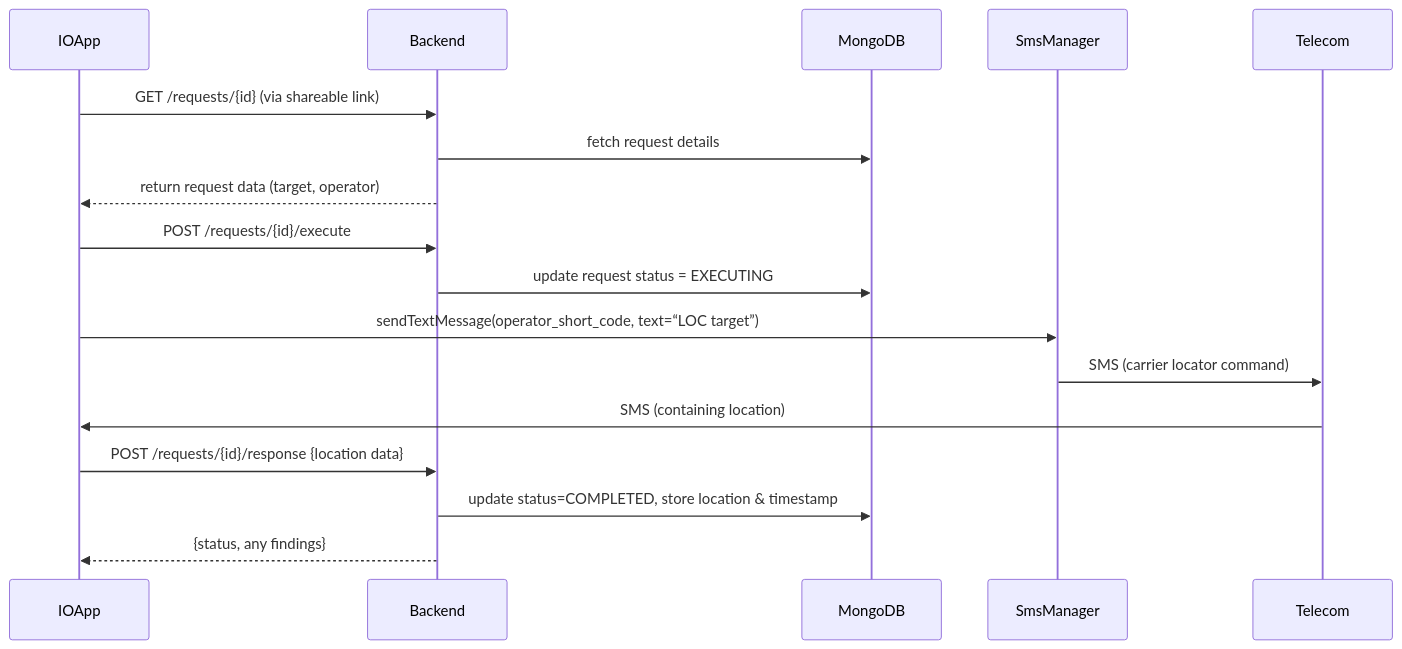
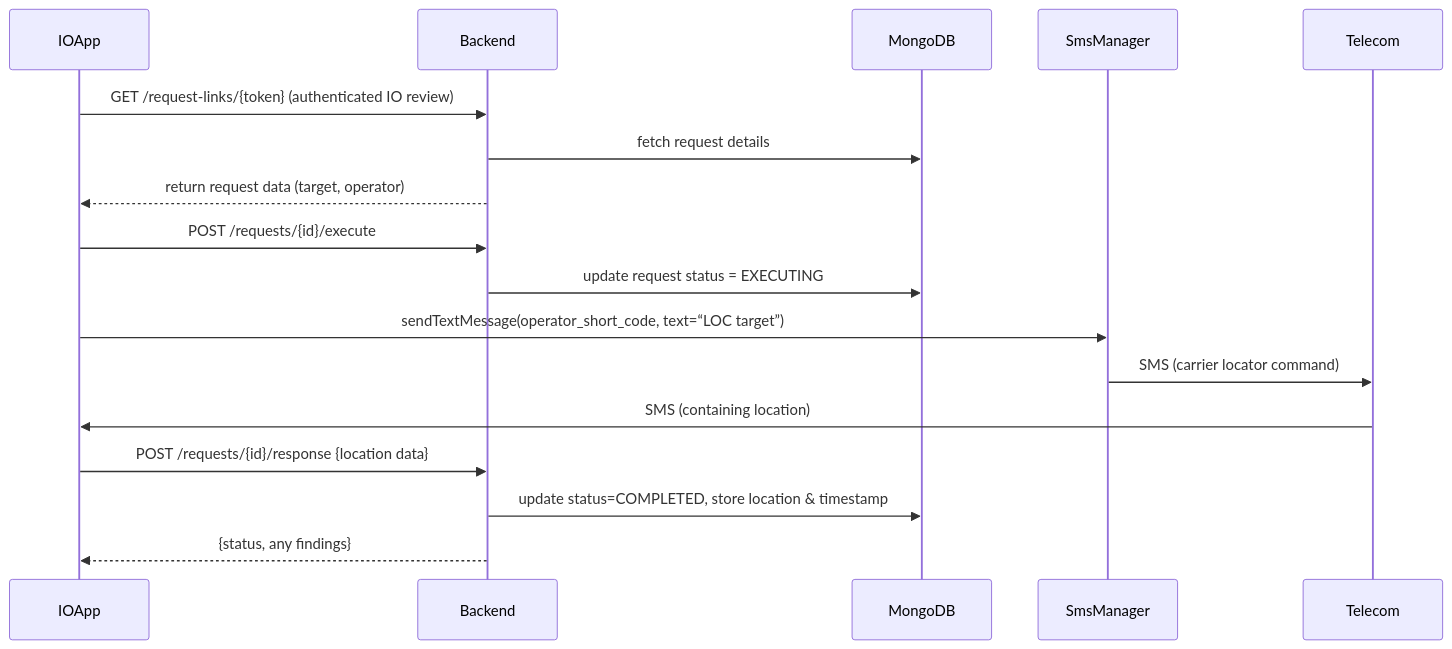
One commit to whitedevil-cybertech/Automated_SIM_Location changed the third of 4 diagrams in Markdown_Files/Architecture.md. Above: the diagram before and after it, drawn with Mermaid. The commit also changed other lines of this file and 14 other files, not shown here.

````diff
--- a/Markdown_Files/Architecture.md
+++ b/Markdown_Files/Architecture.md
@@ -91,19 +93,19 @@
 ```mermaid
 sequenceDiagram
     participant IOApp
     participant Backend
     participant MongoDB
     participant SmsManager
     participant Telecom
-    IOApp->>Backend: GET /requests/{id} (via shareable link)
+    IOApp->>Backend: GET /request-links/{token} (authenticated IO review)
     Backend->>MongoDB: fetch request details
     Backend-->>IOApp: return request data (target, operator)
     IOApp->>Backend: POST /requests/{id}/execute
     Backend->>MongoDB: update request status = EXECUTING
     IOApp->>SmsManager: sendTextMessage(operator_short_code, text=“LOC target”)
     SmsManager->>Telecom: SMS (carrier locator command)
     Telecom->>IOApp: SMS (containing location)
     IOApp->>Backend: POST /requests/{id}/response {location data}
     Backend->>MongoDB: update status=COMPLETED, store location & timestamp
     Backend-->>IOApp: {status, any findings}
 ```
````
